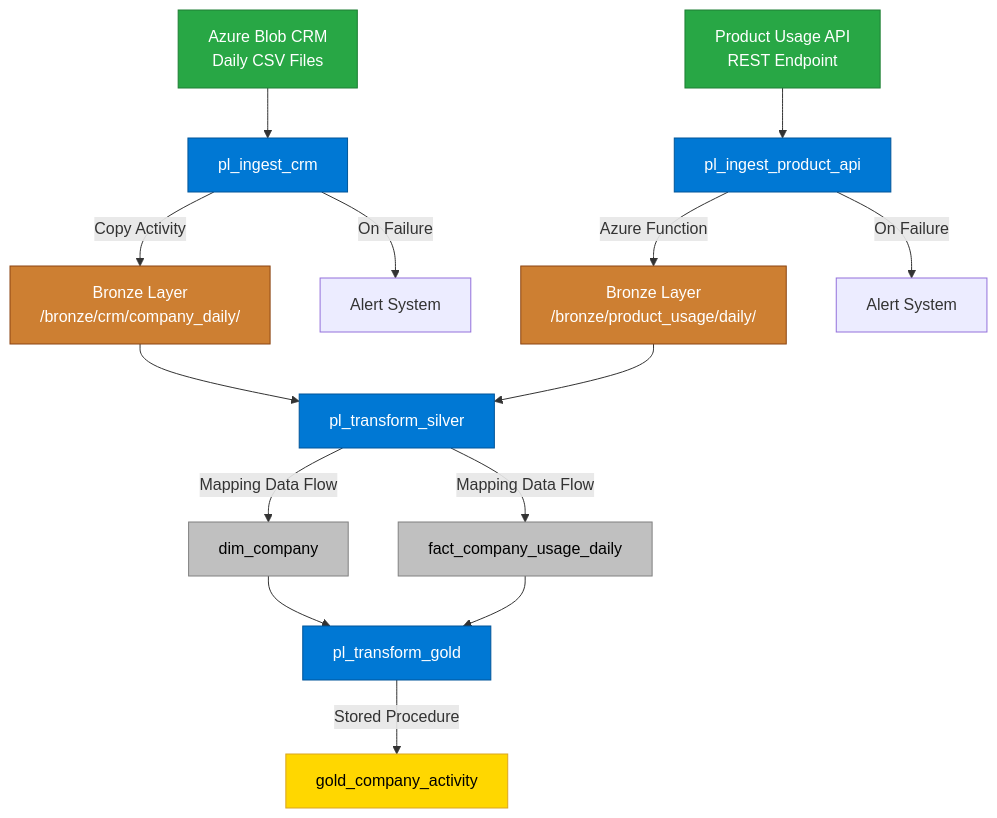
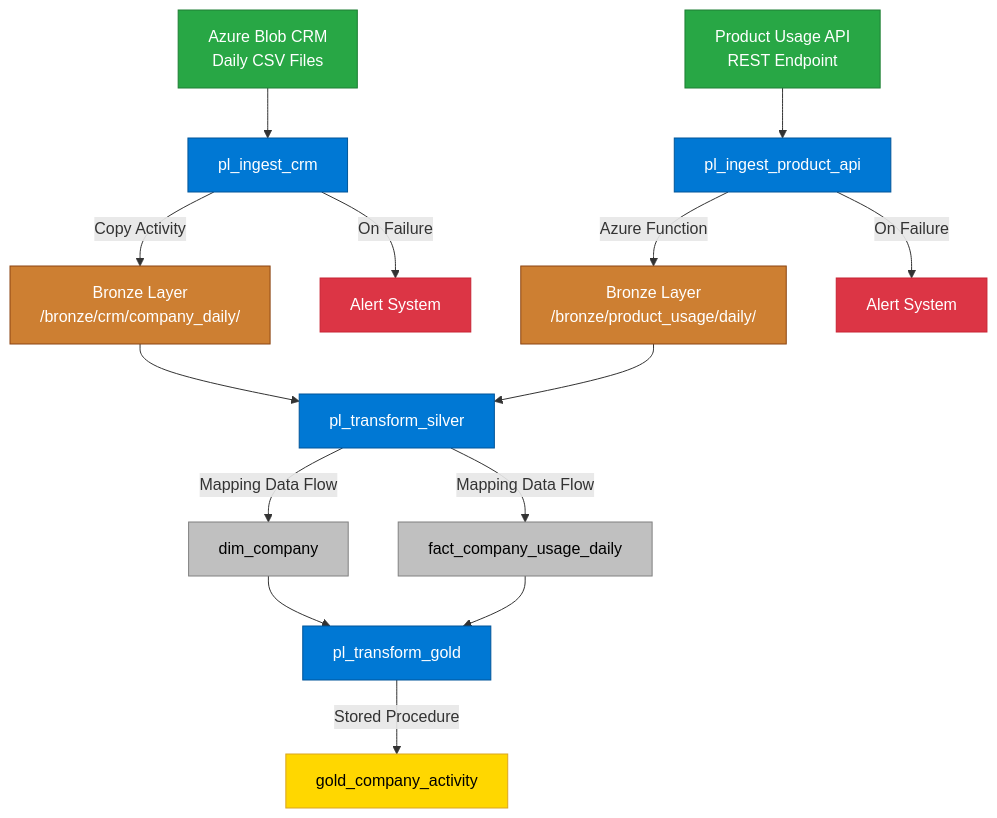
One commit to thesalmajudah/palm-de changed the diagram in docs/adf-architecture.md. Above: the diagram before and after it, drawn with Mermaid.

````diff
--- a/docs/adf-architecture.md
+++ b/docs/adf-architecture.md
@@ -32,42 +32,44 @@
 ```mermaid
 graph TD
     %% Data Sources
-    CRM[Azure Blob CRM<br/>Daily CSV Files] 
-    API[Product Usage API<br/>REST Endpoint]
+    A[Azure Blob CRM<br/>Daily CSV Files] 
+    B[Product Usage API<br/>REST Endpoint]
     
     %% Ingestion Pipelines
-    CRM --> PL1[pl_ingest_crm]
-    API --> PL2[pl_ingest_product_api]
+    A --> C[pl_ingest_crm]
+    B --> D[pl_ingest_product_api]
     
     %% Bronze Layer
-    PL1 --> |Copy Activity| B1[Bronze Layer<br/>/bronze/crm/company_daily/]
-    PL2 --> |Azure Function| B2[Bronze Layer<br/>/bronze/product_usage/daily/]
+    C --> |Copy Activity| E[Bronze Layer<br/>/bronze/crm/company_daily/]
+    D --> |Azure Function| F[Bronze Layer<br/>/bronze/product_usage/daily/]
     
     %% Silver Transformation
-    B1 --> PL3[pl_transform_silver]
-    B2 --> PL3
-    PL3 --> |Mapping Data Flow| S1[dim_company]
-    PL3 --> |Mapping Data Flow| S2[fact_company_usage_daily]
+    E --> G[pl_transform_silver]
+    F --> G
+    G --> |Mapping Data Flow| H[dim_company]
+    G --> |Mapping Data Flow| I[fact_company_usage_daily]
     
-    %% Gold Transformation  
-    S1 --> PL4[pl_transform_gold]
-    S2 --> PL4
-    PL4 --> |Stored Procedure| G1[gold_company_activity]
+    %% Gold Transformation
+    H --> J[pl_transform_gold]
+    I --> J
+    J --> |Stored Procedure| K[gold_company_activity]
     
     %% Error Handling
-    PL1 --> |On Failure| A1[Alert System]
-    PL2 --> |On Failure| A2[Alert System]
+    C --> |On Failure| L[Alert System]
+    D --> |On Failure| M[Alert System]
     
     %% Styling
     classDef bronze fill:#cd7f32,stroke:#8B4513,color:#fff
     classDef silver fill:#C0C0C0,stroke:#808080,color:#000
     classDef gold fill:#FFD700,stroke:#DAA520,color:#000
     classDef pipeline fill:#0078D4,stroke:#005599,color:#fff
     classDef source fill:#28A745,stroke:#1E7E34,color:#fff
+    classDef alert fill:#DC3545,stroke:#C82333,color:#fff
     
-    class B1,B2 bronze
-    class S1,S2 silver
-    class G1 gold
-    class PL1,PL2,PL3,PL4 pipeline
-    class CRM,API source
+    class E,F bronze
+    class H,I silver
+    class K gold
+    class C,D,G,J pipeline
+    class A,B source
+    class L,M alert
 ```
````
